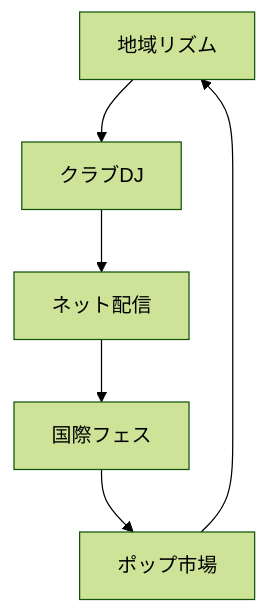
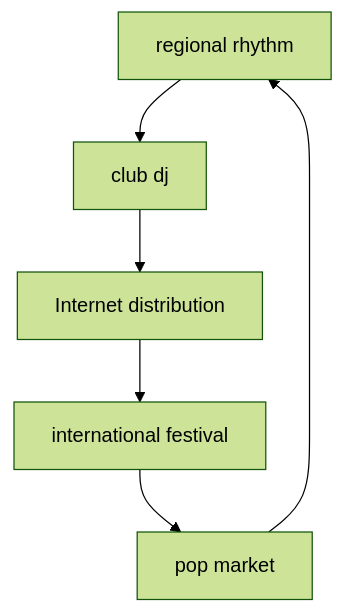
Before and after one commit to monumental-movement/monumental-movement.github.io: the first of 2 diagrams in en/_posts/2026-03-01-column-global-bass.md, drawn with Mermaid (forest theme). The commit also changed other lines of this file and 801 other files, not shown here.

```diff
--- a/en/_posts/2026-03-01-column-global-bass.md
+++ b/en/_posts/2026-03-01-column-global-bass.md
@@ -160,8 +161,8 @@
 <div class="mermaid">
 graph TD
-Local[地域リズム] --> DJ[クラブDJ]
-DJ --> Net[ネット配信]
-Net --> Festival[国際フェス]
-Festival --> Pop[ポップ市場]
+Local[regional rhythm] --> DJ[club dj]
+DJ --> Net[Internet distribution]
+Net --> Festival[international festival]
+Festival --> Pop[pop market]
 Pop --> Local
 </div>
```
